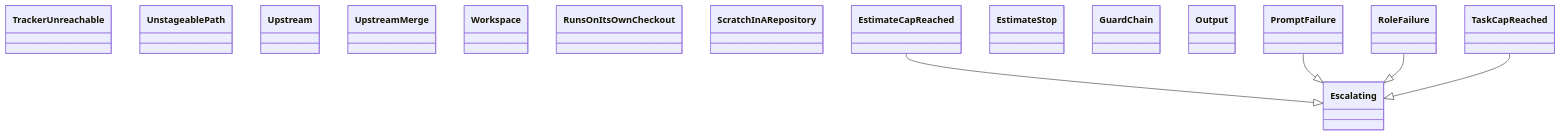
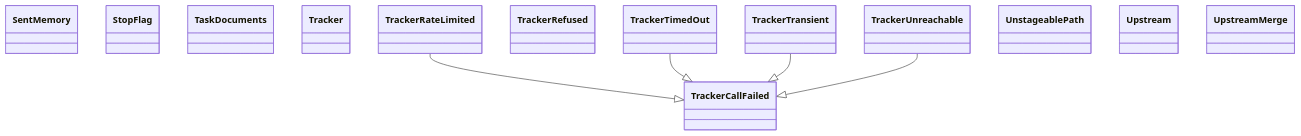
Before and after one commit to GonzaloZevallos/agentic-system: the diagram in docs/architecture/generated/classes-process-application-support-5.md, drawn with Mermaid. The commit also changed other lines of this file and 15 other files, not shown here.

````diff
--- a/docs/architecture/generated/classes-process-application-support-5.md
+++ b/docs/architecture/generated/classes-process-application-support-5.md
@@ -15,22 +16,20 @@
 ```mermaid
 classDiagram
+    class ports__SentMemory["SentMemory"]
+    class ports__StopFlag["StopFlag"]
+    class ports__TaskDocuments["TaskDocuments"]
+    class ports__Tracker["Tracker"]
+    class ports__TrackerCallFailed["TrackerCallFailed"]
+    class ports__TrackerRateLimited["TrackerRateLimited"]
+    class ports__TrackerRefused["TrackerRefused"]
+    class ports__TrackerTimedOut["TrackerTimedOut"]
+    class ports__TrackerTransient["TrackerTransient"]
     class ports__TrackerUnreachable["TrackerUnreachable"]
     class ports__UnstageablePath["UnstageablePath"]
     class ports__Upstream["Upstream"]
     class ports__UpstreamMerge["UpstreamMerge"]
-    class ports__Workspace["Workspace"]
-    class preflight__RunsOnItsOwnCheckout["RunsOnItsOwnCheckout"]
-    class preflight__ScratchInARepository["ScratchInARepository"]
-    class run_role__Escalating["Escalating"]
-    class run_role__EstimateCapReached["EstimateCapReached"]
-    class run_role__EstimateStop["EstimateStop"]
-    class run_role__GuardChain["GuardChain"]
-    class run_role__Output["Output"]
-    class run_role__PromptFailure["PromptFailure"]
-    class run_role__RoleFailure["RoleFailure"]
-    class run_role__TaskCapReached["TaskCapReached"]
-    run_role__EstimateCapReached --|> run_role__Escalating
-    run_role__PromptFailure --|> run_role__Escalating
-    run_role__RoleFailure --|> run_role__Escalating
-    run_role__TaskCapReached --|> run_role__Escalating
+    ports__TrackerRateLimited --|> ports__TrackerCallFailed
+    ports__TrackerTimedOut --|> ports__TrackerCallFailed
+    ports__TrackerTransient --|> ports__TrackerCallFailed
+    ports__TrackerUnreachable --|> ports__TrackerCallFailed
 ```
````
